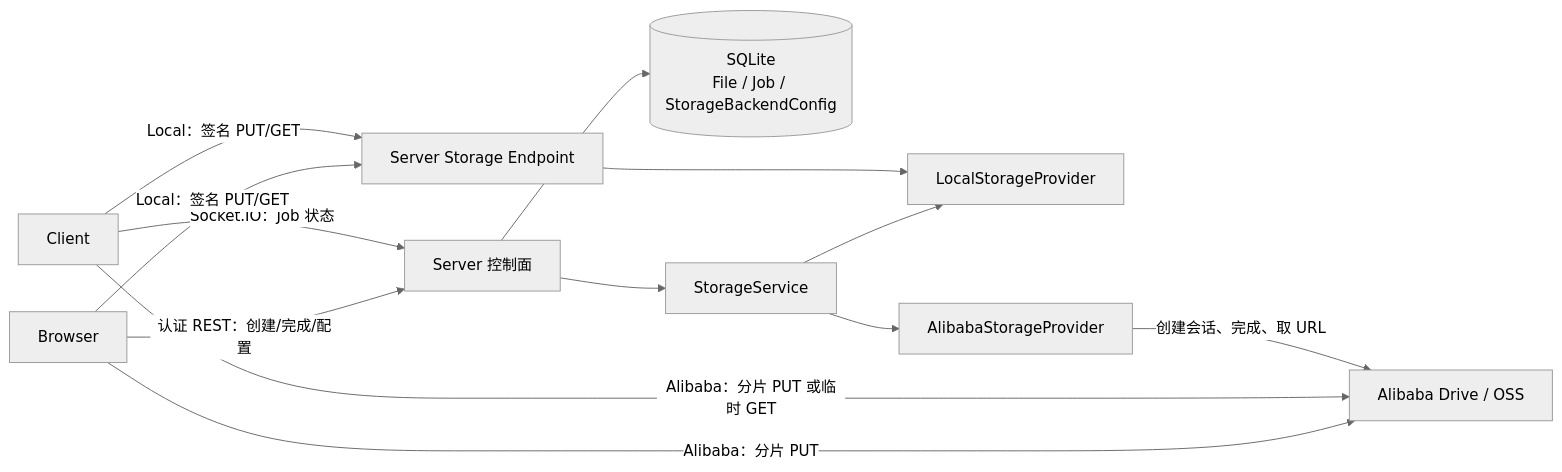
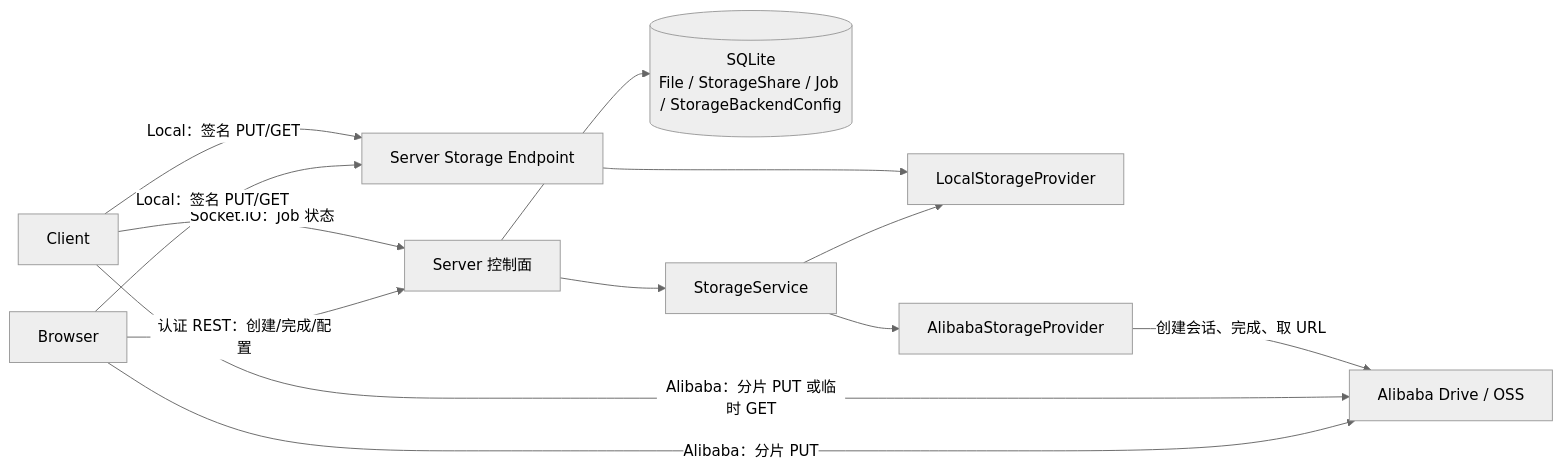
Before and after one commit to xuzhen97/VCPDeck: the first of 4 diagrams in docs/design/storage.md, drawn with Mermaid (neutral theme). The commit also changed other lines of this file and 65 other files, not shown here.

````diff
--- a/docs/design/storage.md
+++ b/docs/design/storage.md
@@ -30,18 +30,18 @@
 ```mermaid
 flowchart LR
     Browser[Browser] -->|认证 REST：创建/完成/配置| Server[Server 控制面]
     Client[Client] -->|Socket.IO：Job 状态| Server
 
-    Server --> FileDB[(SQLite\nFile / Job / StorageBackendConfig)]
+    Server --> FileDB[(SQLite\nFile / StorageShare / Job / StorageBackendConfig)]
     Server --> StorageService[StorageService]
     StorageService --> Local[LocalStorageProvider]
     StorageService --> Alibaba[AlibabaStorageProvider]
 
     Browser -->|Local：签名 PUT/GET| LocalEndpoint[Server Storage Endpoint]
     Client -->|Local：签名 PUT/GET| LocalEndpoint
     LocalEndpoint --> Local
 
     Browser -->|Alibaba：分片 PUT| External[Alibaba Drive / OSS]
     Client -->|Alibaba：分片 PUT 或临时 GET| External
     Alibaba -->|创建会话、完成、取 URL| External
 ```
````
